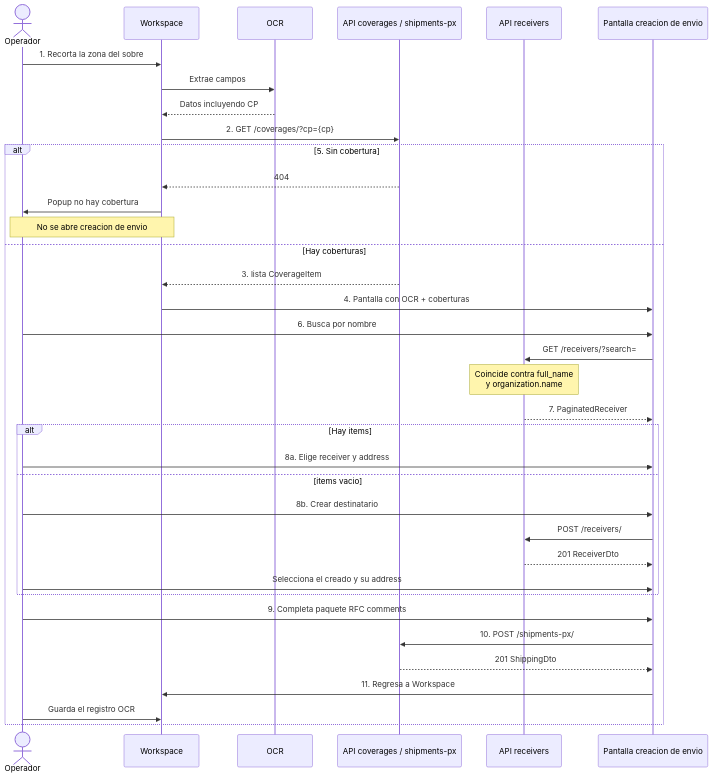
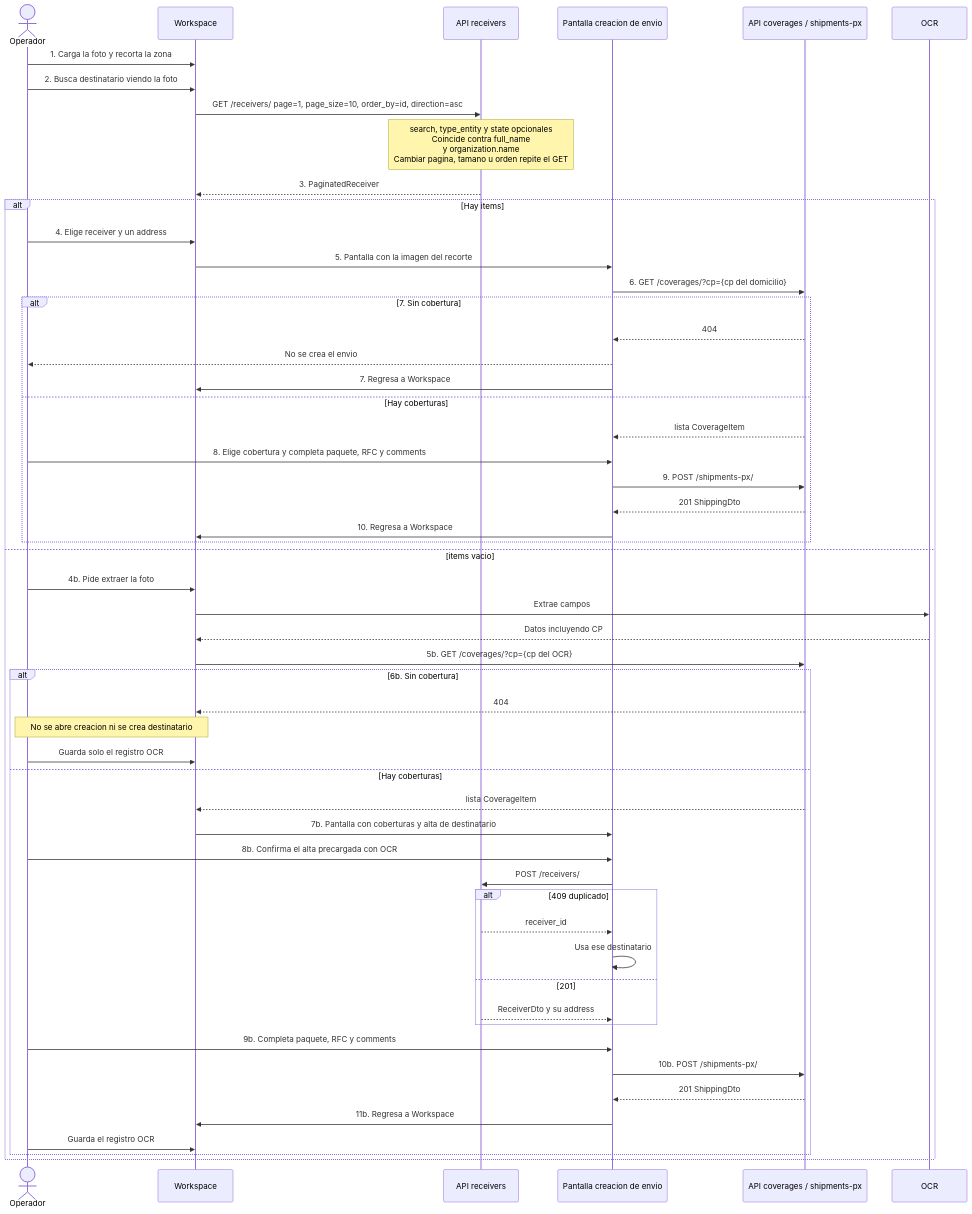
Before and after one commit to Alfredy25/ExtractorOCRImage: the second of 2 diagrams in docs/flows/flow_create_shipment_px.md, drawn with Mermaid. The commit also changed other lines of this file and 9 other files, not shown here.

Commit message:
@ docs(px): documenta los contratos restantes y el flujo con búsqueda previa Agrega los contratos de domicilio, contacto, cobertura, cargo, organización, SEPOMEX, título y volante, y actualiza la creación de envío para buscar al destinatario antes de extraer. @

````diff
--- a/docs/flows/flow_create_shipment_px.md
+++ b/docs/flows/flow_create_shipment_px.md
@@ -92,42 +123,58 @@
 ```mermaid
 sequenceDiagram
   actor U as Operador
   participant WS as Workspace
-  participant OCR as OCR
-  participant PX as API coverages / shipments-px
   participant R as API receivers
   participant UI as Pantalla creacion de envio
+  participant PX as API coverages / shipments-px
+  participant OCR as OCR
 
-  U->>WS: 1. Recorta la zona del sobre
-  WS->>OCR: Extrae campos
-  OCR-->>WS: Datos incluyendo CP
+  U->>WS: 1. Carga la foto y recorta la zona
+  U->>WS: 2. Busca destinatario viendo la foto
+  WS->>R: GET /receivers/ page=1, page_size=10, order_by=id, direction=asc
+  Note over R: search, type_entity y state opcionales<br/>Coincide contra full_name<br/>y organization.name<br/>Cambiar pagina, tamano u orden repite el GET
+  R-->>WS: 3. PaginatedReceiver
 
-  WS->>PX: 2. GET /coverages/?cp={cp}
-  alt 5. Sin cobertura
-    PX-->>WS: 404
-    WS->>U: Popup no hay cobertura
-    Note over U,WS: No se abre creacion de envio
-  else Hay coberturas
-    PX-->>WS: 3. lista CoverageItem
-    WS->>UI: 4. Pantalla con OCR + coberturas
-    U->>UI: 6. Busca por nombre
-    UI->>R: GET /receivers/?search=
-    Note over R: Coincide contra full_name<br/>y organization.name
-    R-->>UI: 7. PaginatedReceiver
-
-    alt Hay items
-      U->>UI: 8a. Elige receiver y address
-    else items vacio
-      U->>UI: 8b. Crear destinatario
+  alt Hay items
+    U->>WS: 4. Elige receiver y un address
+    WS->>UI: 5. Pantalla con la imagen del recorte
+    UI->>PX: 6. GET /coverages/?cp={cp del domicilio}
+    alt 7. Sin cobertura
+      PX-->>UI: 404
+      UI-->>U: No se crea el envio
+      UI->>WS: 7. Regresa a Workspace
+    else Hay coberturas
+      PX-->>UI: lista CoverageItem
+      U->>UI: 8. Elige cobertura y completa paquete, RFC y comments
+      UI->>PX: 9. POST /shipments-px/
+      PX-->>UI: 201 ShippingDto
+      UI->>WS: 10. Regresa a Workspace
+    end
+  else items vacio
+    U->>WS: 4b. Pide extraer la foto
+    WS->>OCR: Extrae campos
+    OCR-->>WS: Datos incluyendo CP
+    WS->>PX: 5b. GET /coverages/?cp={cp del OCR}
+    alt 6b. Sin cobertura
+      PX-->>WS: 404
+      Note over U,WS: No se abre creacion ni se crea destinatario
+      U->>WS: Guarda solo el registro OCR
+    else Hay coberturas
+      PX-->>WS: lista CoverageItem
+      WS->>UI: 7b. Pantalla con coberturas y alta de destinatario
+      U->>UI: 8b. Confirma el alta precargada con OCR
       UI->>R: POST /receivers/
-      R-->>UI: 201 ReceiverDto
-      U->>UI: Selecciona el creado y su address
+      alt 409 duplicado
+        R-->>UI: receiver_id
+        UI->>UI: Usa ese destinatario
+      else 201
+        R-->>UI: ReceiverDto y su address
+      end
+      U->>UI: 9b. Completa paquete, RFC y comments
+      UI->>PX: 10b. POST /shipments-px/
+      PX-->>UI: 201 ShippingDto
+      UI->>WS: 11b. Regresa a Workspace
+      U->>WS: Guarda el registro OCR
     end
-
-    U->>UI: 9. Completa paquete RFC comments
-    UI->>PX: 10. POST /shipments-px/
-    PX-->>UI: 201 ShippingDto
-    UI->>WS: 11. Regresa a Workspace
-    U->>WS: Guarda el registro OCR
   end
 ```
````
